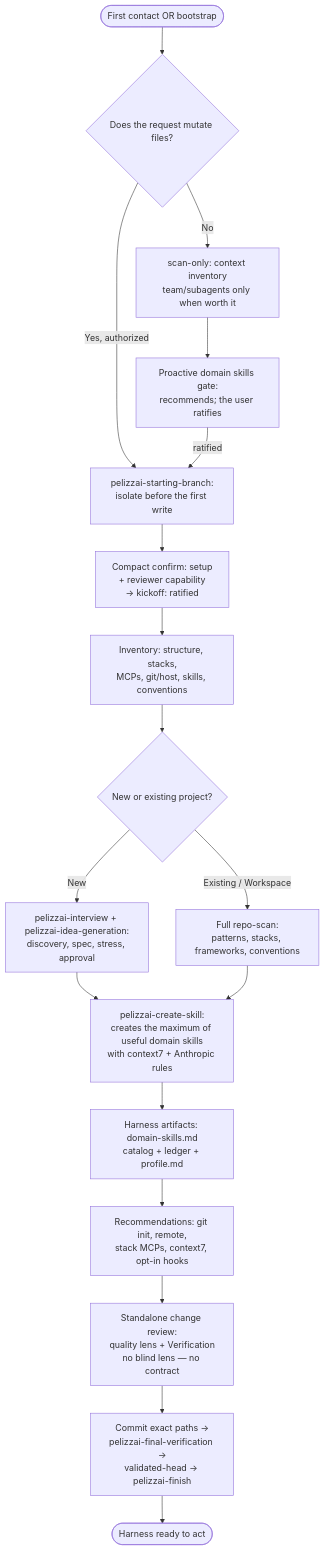
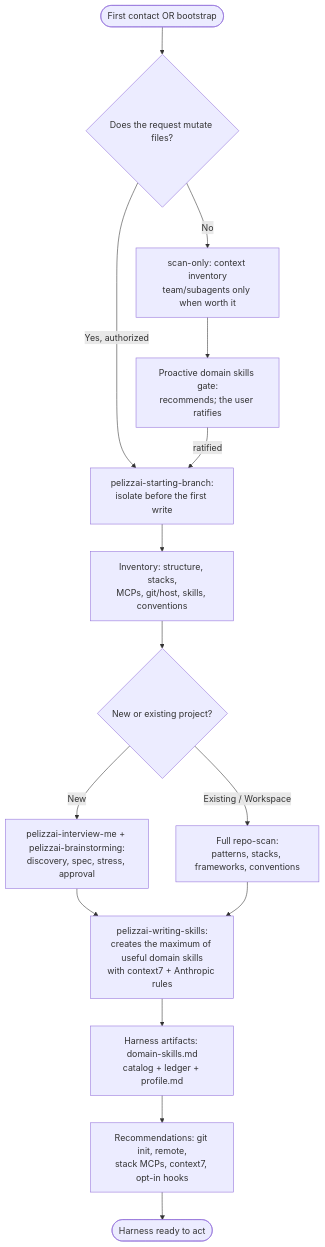
One commit to rpelizza/PelizzAI changed the diagram in dist/.agents/skills/pelizzai-audit/SKILL.md. Above: the diagram before and after it, drawn with Mermaid. The commit also changed other lines of this file and 438 other files, not shown here.

First line of the commit message:
Revert: volta o harness ao estado do commit f4d5446

````diff
--- a/dist/.agents/skills/pelizzai-audit/SKILL.md
+++ b/dist/.agents/skills/pelizzai-audit/SKILL.md
@@ -126,20 +126,17 @@
 ```mermaid
 flowchart TD
     Start([First contact OR bootstrap]) --> Mode{Does the request mutate files?}
     Mode -- No --> Scan[scan-only: context inventory\nteam/subagents only when worth it]
     Scan --> Gate[Proactive domain skills gate:\nrecommends; the user ratifies]
     Mode -- Yes, authorized --> Iso[pelizzai-starting-branch:\nisolate before the first write]
     Gate -- ratified --> Iso
-    Iso --> Kick[Compact confirm: setup\n+ reviewer capability\n→ kickoff: ratified]
-    Kick --> Inv[Inventory: structure, stacks,\nMCPs, git/host, skills, conventions]
+    Iso --> Inv[Inventory: structure, stacks,\nMCPs, git/host, skills, conventions]
     Inv --> New{New or existing project?}
-    New -- New --> Bra[pelizzai-interview + pelizzai-idea-generation:\ndiscovery, spec, stress, approval]
+    New -- New --> Bra[pelizzai-interview-me + pelizzai-brainstorming:\ndiscovery, spec, stress, approval]
     Bra --> Wri
     New -- Existing / Workspace --> Rep[Full repo-scan:\npatterns, stacks, frameworks, conventions]
-    Rep --> Wri[pelizzai-create-skill:\ncreates the maximum of useful domain skills\nwith context7 + Anthropic rules]
+    Rep --> Wri[pelizzai-writing-skills:\ncreates the maximum of useful domain skills\nwith context7 + Anthropic rules]
     Wri --> Doc[Harness artifacts: domain-skills.md\ncatalog + ledger + profile.md]
     Doc --> Rec[Recommendations: git init, remote,\nstack MCPs, context7, opt-in hooks]
-    Rec --> Rev[Standalone change review:\nquality lens + Verification\nno blind lens — no contract]
-    Rev --> Seal[Commit exact paths →\npelizzai-final-verification →\nvalidated-head → pelizzai-finish]
-    Seal --> End([Harness ready to act])
+    Rec --> End([Harness ready to act])
 ```
````
